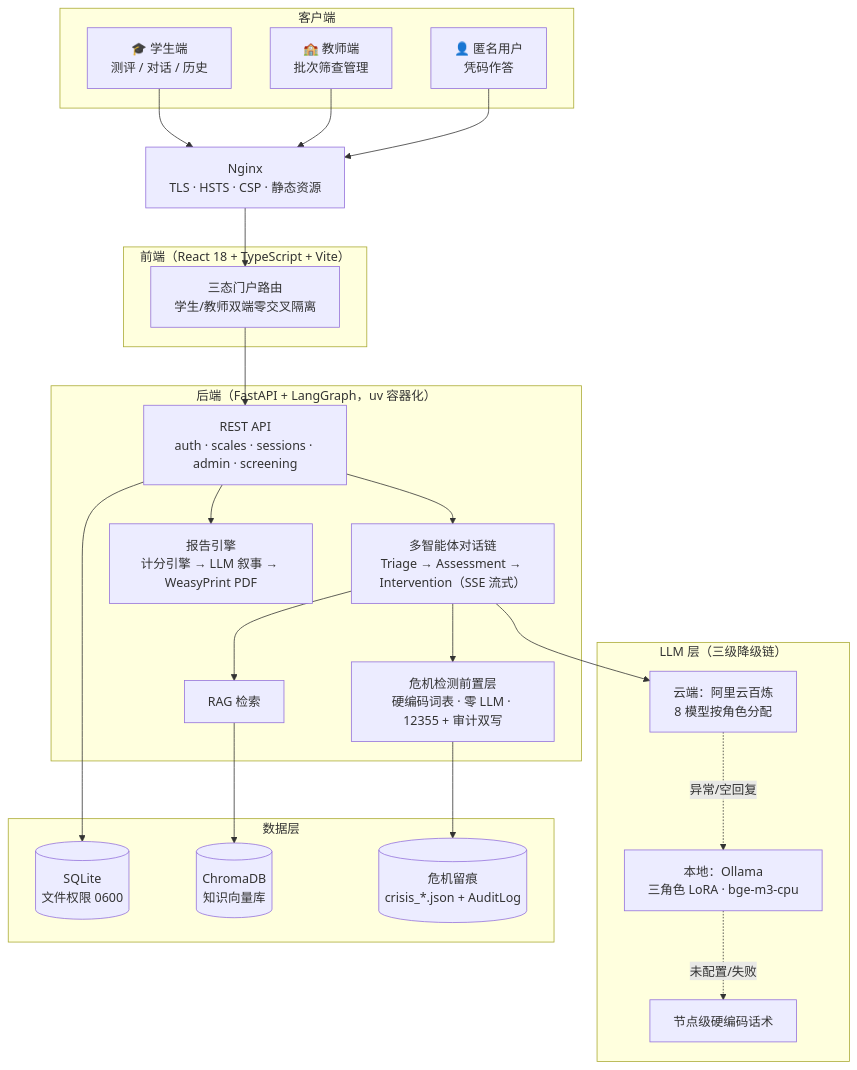
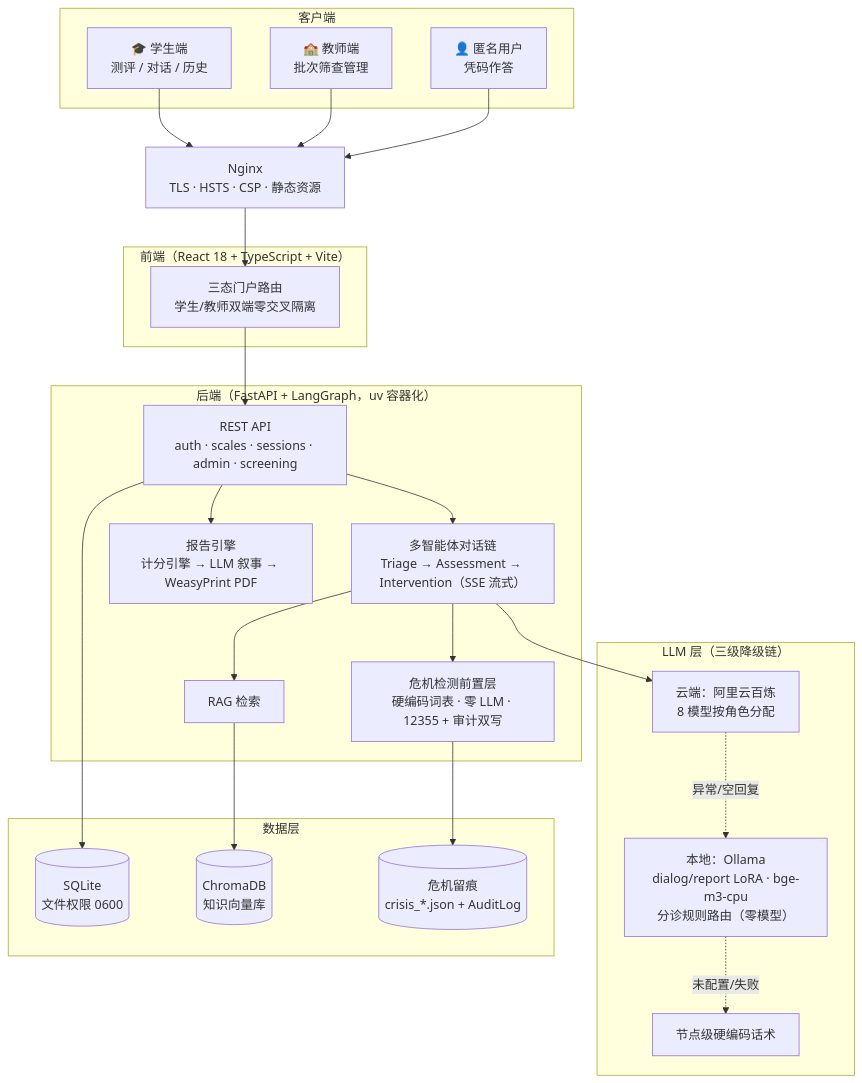
One commit to Gunaie/PsycheFlow changed the diagram in README.md. Above: the diagram before and after it, drawn with Mermaid. The commit also changed other lines of this file and 19 other files, not shown here.

````diff
--- a/README.md
+++ b/README.md
@@ -47,45 +48,45 @@
 ```mermaid
 flowchart TB
     subgraph clients["客户端"]
         STU["🎓 学生端<br/>测评 / 对话 / 历史"]
         TEA["🏫 教师端<br/>批次筛查管理"]
         VIS["👤 匿名用户<br/>凭码作答"]
     end
 
     NGINX["Nginx<br/>TLS · HSTS · CSP · 静态资源"]
 
     subgraph fe["前端（React 18 + TypeScript + Vite）"]
         PORTAL["三态门户路由<br/>学生/教师双端零交叉隔离"]
     end
 
     subgraph be["后端（FastAPI + LangGraph，uv 容器化）"]
         API["REST API<br/>auth · scales · sessions · admin · screening"]
         AGENT["多智能体对话链<br/>Triage → Assessment → Intervention（SSE 流式）"]
         CRISIS["危机检测前置层<br/>硬编码词表 · 零 LLM · 12355 + 审计双写"]
         RAG["RAG 检索"]
         REPORT["报告引擎<br/>计分引擎 → LLM 叙事 → WeasyPrint PDF"]
     end
 
     subgraph llm["LLM 层（三级降级链）"]
         CLOUD["云端：阿里云百炼<br/>8 模型按角色分配"]
-        LOCAL["本地：Ollama<br/>三角色 LoRA · bge-m3-cpu"]
+        LOCAL["本地：Ollama<br/>dialog/report LoRA · bge-m3-cpu<br/>分诊规则路由（零模型）"]
         FALLBACK["节点级硬编码话术"]
     end
 
     subgraph store["数据层"]
         DB[("SQLite<br/>文件权限 0600")]
         CHROMA[("ChromaDB<br/>知识向量库")]
         AUDIT[("危机留痕<br/>crisis_*.json + AuditLog")]
     end
 
     STU & TEA & VIS --> NGINX --> PORTAL --> API
     API --> AGENT
     AGENT --> CRISIS
     AGENT --> RAG --> CHROMA
     API --> REPORT
     AGENT --> CLOUD
     CLOUD -. 异常/空回复 .-> LOCAL
     LOCAL -. 未配置/失败 .-> FALLBACK
     API --> DB
     CRISIS --> AUDIT
 ```
````
